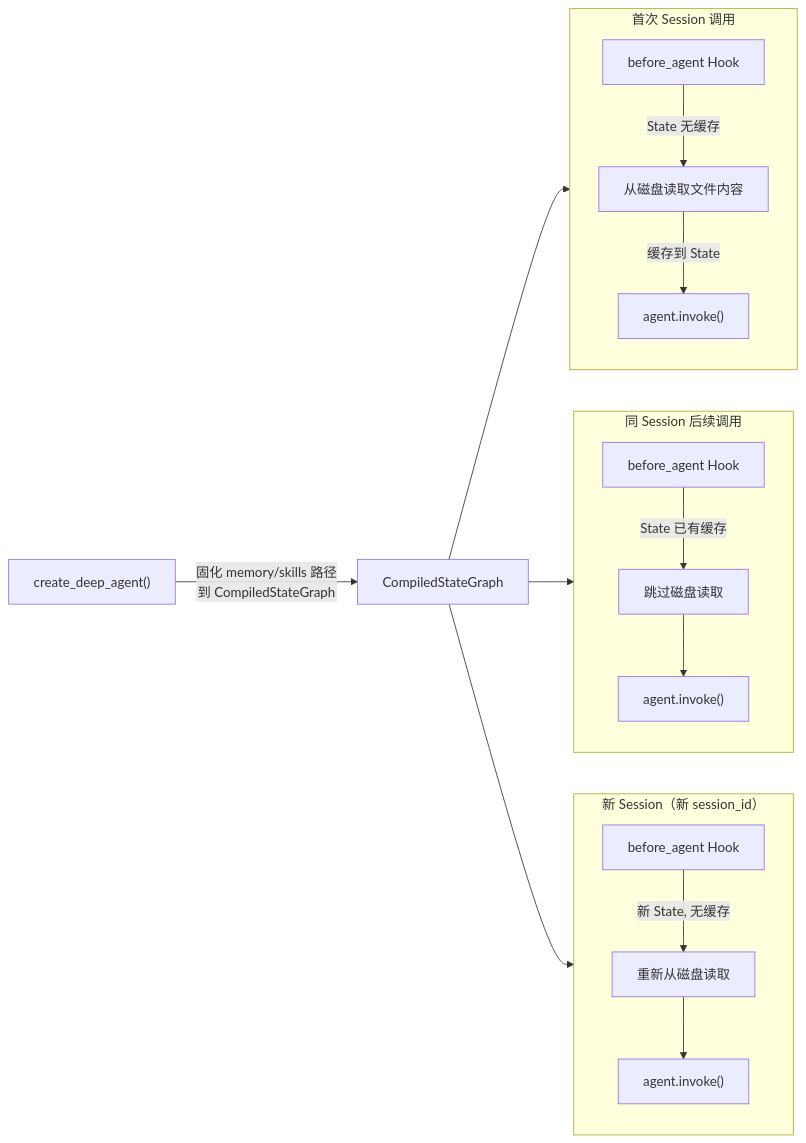
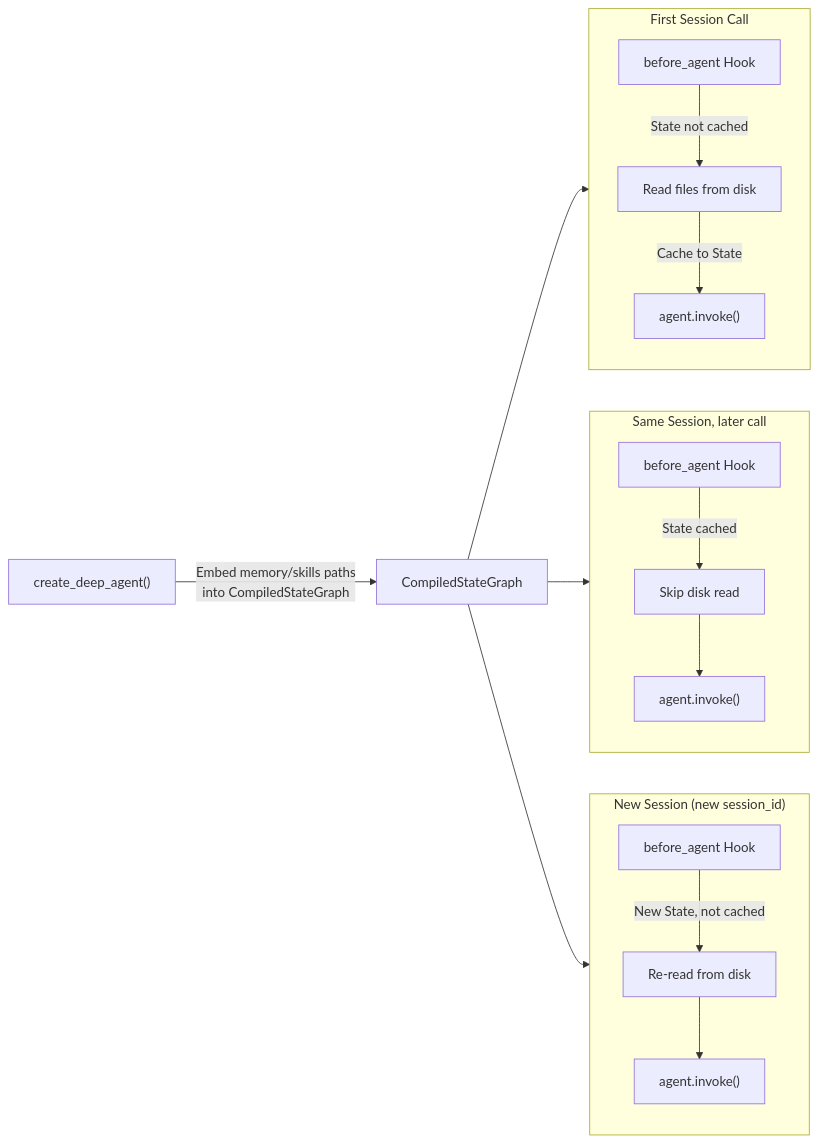
One commit to kangxiaoning/diagnostics changed the fifth of 5 diagrams in README.md. Above: the diagram before and after it, drawn with Mermaid. The commit also changed other lines of this file, not shown here.

Commit message:
docs: Mermaid和ASCII图内部文字改为英文，描述保留中文与图中英文概念对应

````diff
--- a/README.md
+++ b/README.md
@@ -507,23 +507,23 @@
 ```mermaid
 flowchart LR
-    Create["create_deep_agent()"] -->|"固化 memory/skills 路径<br/>到 CompiledStateGraph"| Graph["CompiledStateGraph"]
+    Create["create_deep_agent()"] -->|"Embed memory/skills paths<br/>into CompiledStateGraph"| Graph["CompiledStateGraph"]
 
-    subgraph S1["首次 Session 调用"]
-        B1["before_agent Hook"] -->|"State 无缓存"| R1["从磁盘读取文件内容"]
-        R1 -->|"缓存到 State"| I1["agent.invoke()"]
+    subgraph S1["First Session Call"]
+        B1["before_agent Hook"] -->|"State not cached"| R1["Read files from disk"]
+        R1 -->|"Cache to State"| I1["agent.invoke()"]
     end
 
-    subgraph S2["同 Session 后续调用"]
-        B2["before_agent Hook"] -->|"State 已有缓存"| SK2["跳过磁盘读取"]
+    subgraph S2["Same Session, later call"]
+        B2["before_agent Hook"] -->|"State cached"| SK2["Skip disk read"]
         SK2 --> I2["agent.invoke()"]
     end
 
-    subgraph S3["新 Session（新 session_id）"]
-        B3["before_agent Hook"] -->|"新 State, 无缓存"| R3["重新从磁盘读取"]
+    subgraph S3["New Session (new session_id)"]
+        B3["before_agent Hook"] -->|"New State, not cached"| R3["Re-read from disk"]
         R3 --> I3["agent.invoke()"]
     end
 
     Graph --> S1
     Graph --> S2
     Graph --> S3
 ```
````
